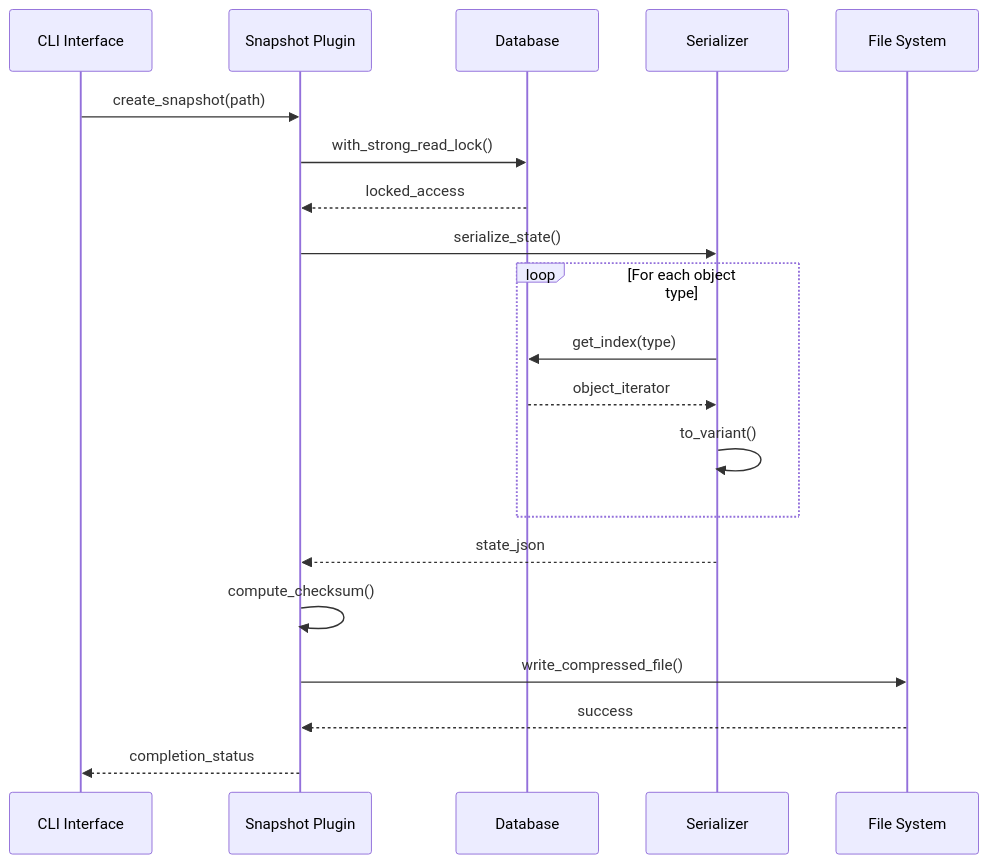
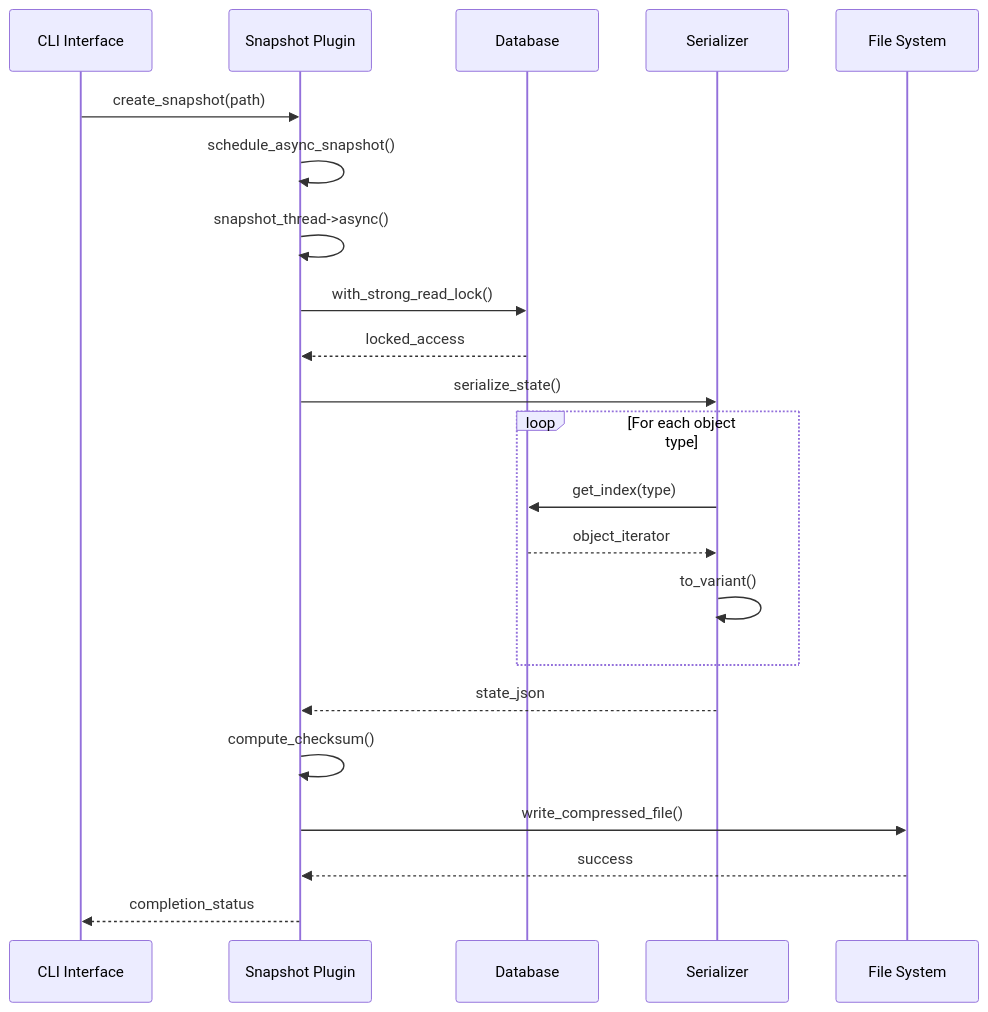
One commit to VIZ-Blockchain/viz-cpp-node changed the third of 19 diagrams in .qoder/repowiki/en/content/Plugin System/Snapshot Plugin System.md. Above: the diagram before and after it, drawn with Mermaid. The commit also changed other lines of this file and 4 other files, not shown here.

````diff
--- a/.qoder/repowiki/en/content/Plugin System/Snapshot Plugin System.md
+++ b/.qoder/repowiki/en/content/Plugin System/Snapshot Plugin System.md
@@ -201,22 +216,24 @@
 ```mermaid
 sequenceDiagram
 participant CLI as CLI Interface
 participant Plugin as Snapshot Plugin
 participant DB as Database
 participant Serializer as Serializer
 participant FileSys as File System
 CLI->>Plugin : create_snapshot(path)
+Plugin->>Plugin : schedule_async_snapshot()
+Plugin->>Plugin : snapshot_thread->async()
 Plugin->>DB : with_strong_read_lock()
 DB-->>Plugin : locked_access
 Plugin->>Serializer : serialize_state()
 loop For each object type
 Serializer->>DB : get_index(type)
 DB-->>Serializer : object_iterator
 Serializer->>Serializer : to_variant()
 end
 Serializer-->>Plugin : state_json
 Plugin->>Plugin : compute_checksum()
 Plugin->>FileSys : write_compressed_file()
 FileSys-->>Plugin : success
 Plugin-->>CLI : completion_status
 ```
````
